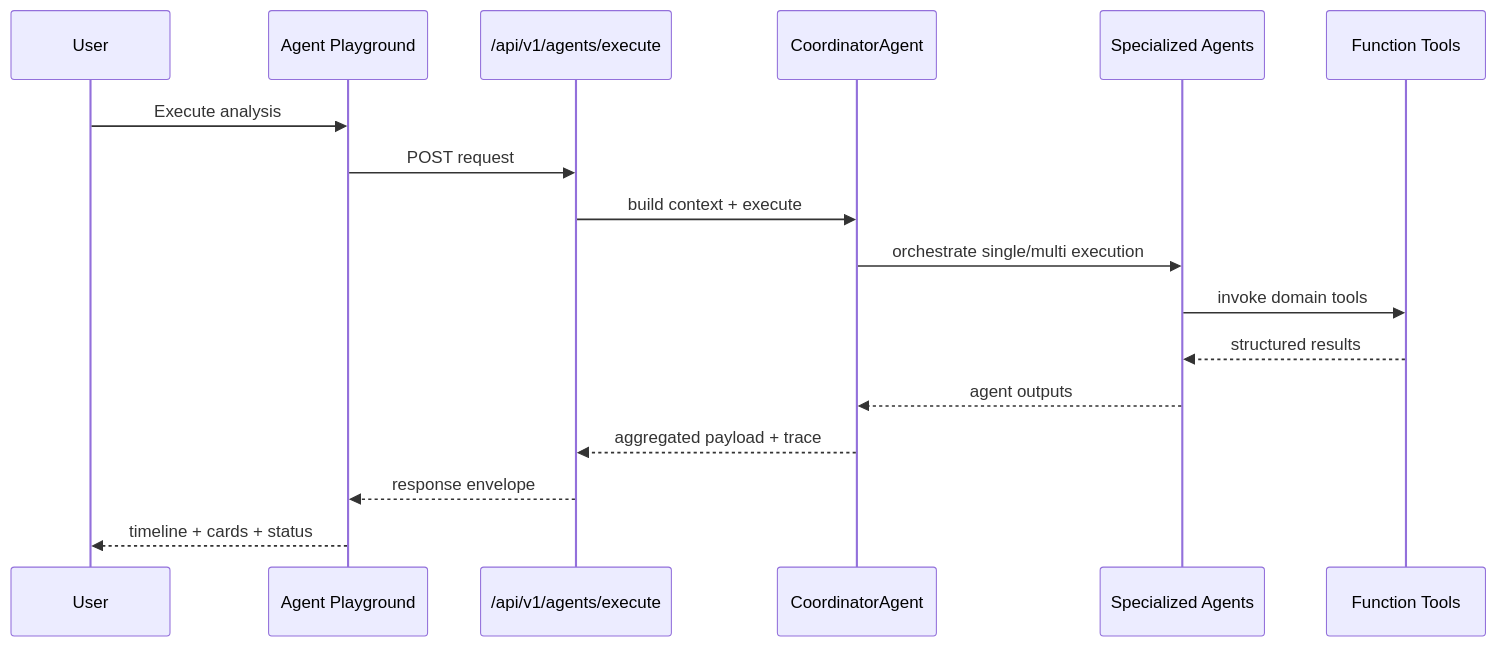
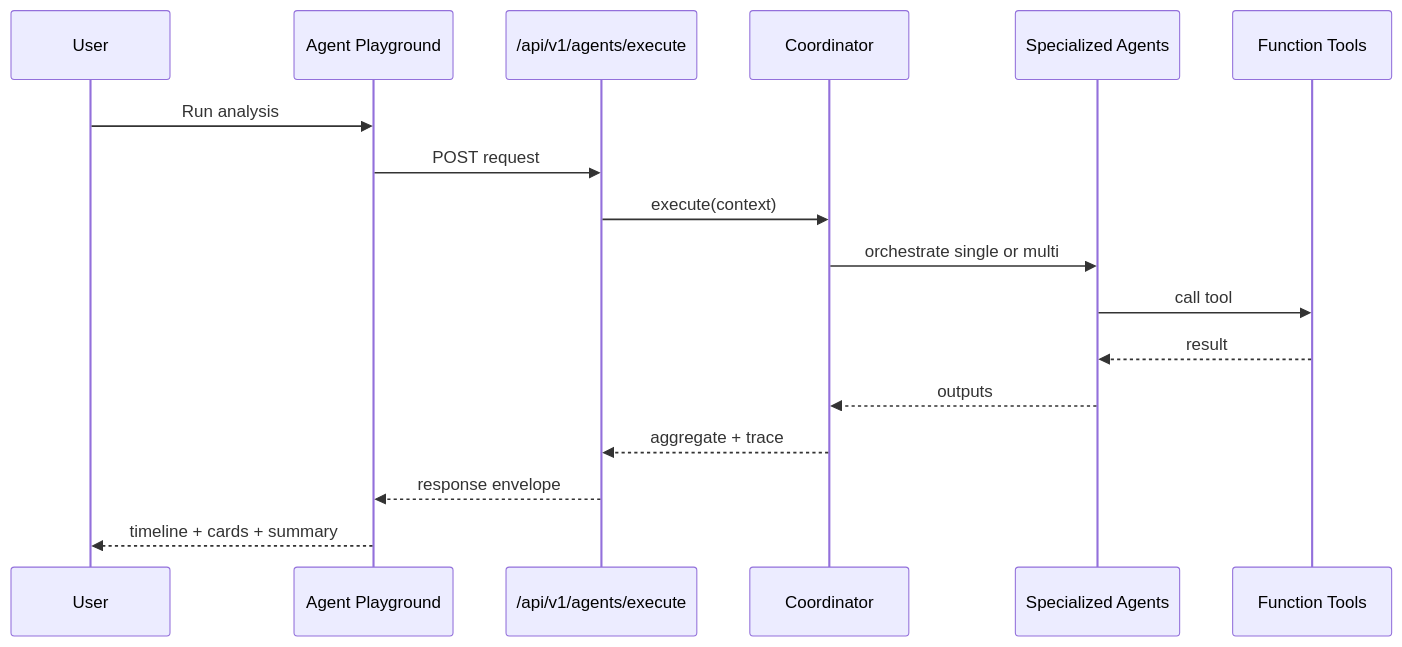
One commit to Abhinav-B-19/WalletMind changed the ninth of 9 diagrams in docs/judge/ARCHITECTURE.md. Above: the diagram before and after it, drawn with Mermaid. The commit also changed other lines of this file and 7 other files, not shown here.

Commit message:
Kaggle notebook foundation, competition writeup, architecture diagrams, and judge documentation

````diff
--- a/docs/judge/ARCHITECTURE.md
+++ b/docs/judge/ARCHITECTURE.md
@@ -160,20 +139,20 @@
 ```mermaid
 sequenceDiagram
     participant U as User
-    participant P as Agent Playground
+    participant AP as Agent Playground
     participant API as /api/v1/agents/execute
-    participant C as CoordinatorAgent
+    participant C as Coordinator
     participant SA as Specialized Agents
     participant T as Function Tools
 
-    U->>P: Execute analysis
-    P->>API: POST request
-    API->>C: build context + execute
-    C->>SA: orchestrate single/multi execution
-    SA->>T: invoke domain tools
-    T-->>SA: structured results
-    SA-->>C: agent outputs
-    C-->>API: aggregated payload + trace
-    API-->>P: response envelope
-    P-->>U: timeline + cards + status
+    U->>AP: Run analysis
+    AP->>API: POST request
+    API->>C: execute(context)
+    C->>SA: orchestrate single or multi
+    SA->>T: call tool
+    T-->>SA: result
+    SA-->>C: outputs
+    C-->>API: aggregate + trace
+    API-->>AP: response envelope
+    AP-->>U: timeline + cards + summary
 ```
````
